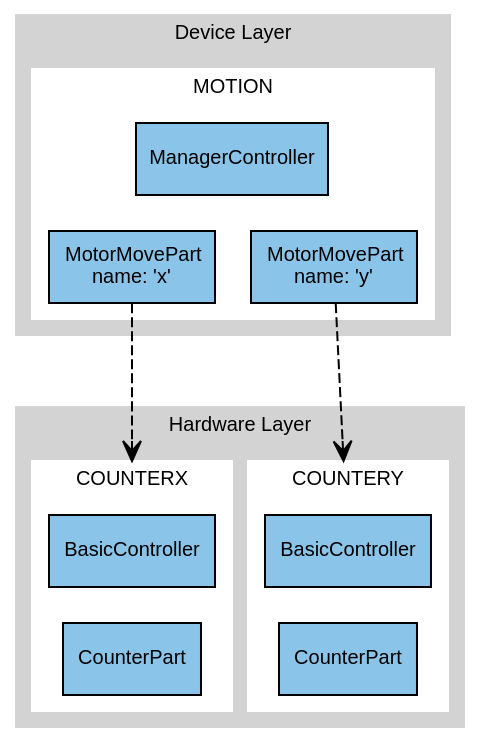
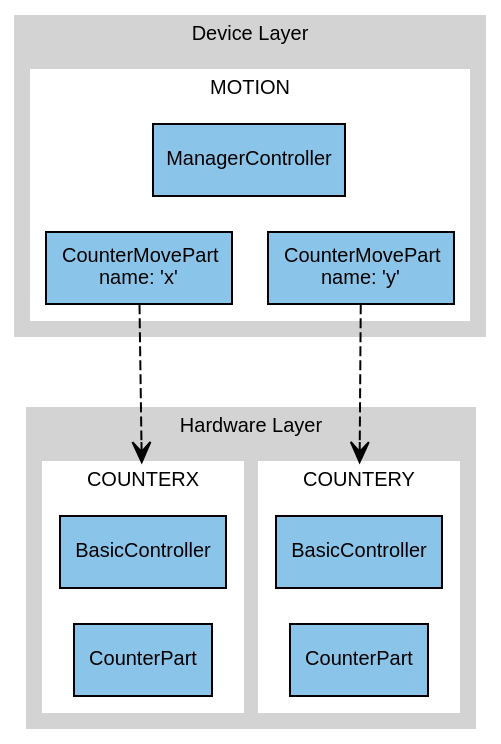
The first of 2 diagrams in docs/tutorials/motion.rst (DiamondLightSource/pymalcolm), drawn with Graphviz before and after one commit. The commit also changed other lines of this file and 15 other files, not shown here.

```diff
--- a/docs/tutorials/motion.rst
+++ b/docs/tutorials/motion.rst
@@ -42,50 +42,50 @@
 .. digraph:: motion_child_connections
 
     newrank=true;  // Sensible ranking of clusters
     bgcolor=transparent
     compound=true
     node [fontname=Arial fontsize=10 shape=rect style=filled fillcolor="#8BC4E9"]
     graph [fontname=Arial fontsize=10]
     edge [fontname=Arial fontsize=10 arrowhead=vee]
 
     subgraph cluster_device {
         label="Device Layer"
 		style=filled
 		color=lightgrey
 
         subgraph cluster_motion {
             label="MOTION"
             ranksep=0.1
 		    color=white
             motion_c [label="ManagerController"]
-            x [label=<MotorMovePart<BR/>name: 'x'>]
-            y [label=<MotorMovePart<BR/>name: 'y'>]
+            x [label=<CounterMovePart<BR/>name: 'x'>]
+            y [label=<CounterMovePart<BR/>name: 'y'>]
             motion_c -> x [style=invis]
             motion_c -> y [style=invis]
         }
     }
 
     subgraph cluster_hardware {
         label="Hardware Layer"
 		style=filled
 		color=lightgrey
 
         subgraph cluster_counterx {
             label="COUNTERX"
             color=white
             counterx_c [label="BasicController"]
             counterx_p [label="CounterPart"]
             counterx_c -> counterx_p [style=invis]
         }
 
         subgraph cluster_countery {
             label="COUNTERY"
             color=white
             countery_c [label="BasicController"]
             countery_p [label="CounterPart"]
             countery_c -> countery_p [style=invis]
         }
     }
 
     x -> counterx_c [lhead=cluster_counterx minlen=3 style=dashed]
     y -> countery_c [lhead=cluster_countery minlen=3 style=dashed]
```
